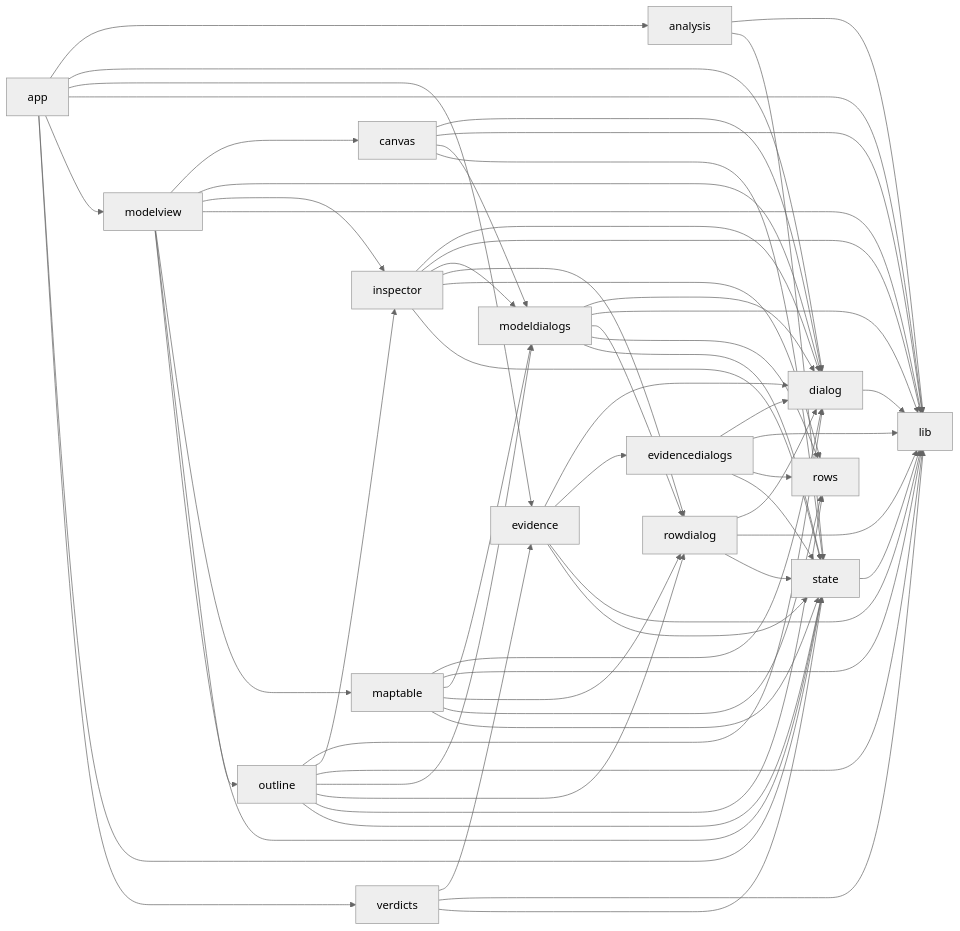
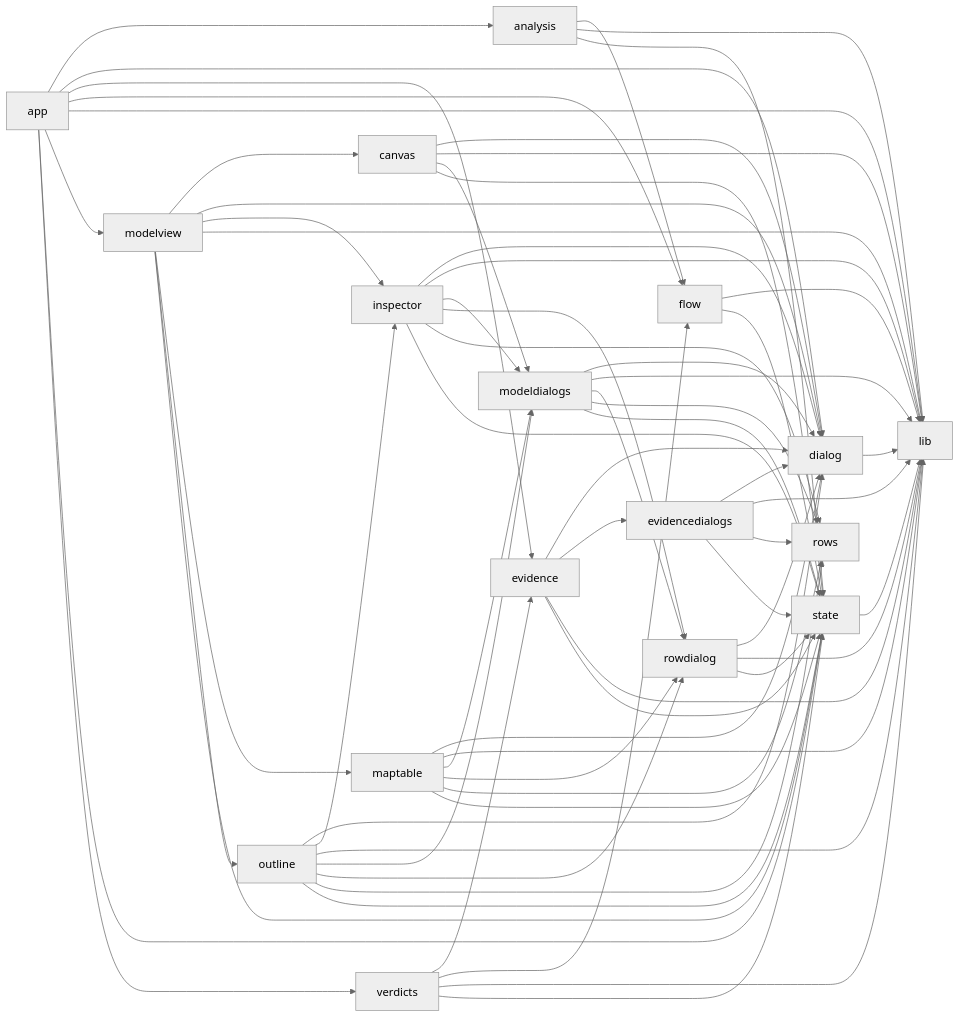
Before and after one commit to nmarci7/Bimodal-EPA: the second of 2 diagrams in docs/dev/call-graph.md, drawn with Mermaid (neutral theme). The commit also changed other lines of this file and 48 other files, not shown here.

````diff
--- a/docs/dev/call-graph.md
+++ b/docs/dev/call-graph.md
@@ -260,63 +260,68 @@
 ```mermaid
 flowchart LR
+  analysis --> flow
   analysis --> lib
   analysis --> state
   app --> analysis
   app --> dialog
   app --> evidence
+  app --> flow
   app --> lib
   app --> modelview
   app --> state
   app --> verdicts
   canvas --> dialog
   canvas --> lib
   canvas --> modeldialogs
   canvas --> state
   dialog --> lib
   evidence --> dialog
   evidence --> evidencedialogs
   evidence --> lib
   evidence --> state
   evidencedialogs --> dialog
   evidencedialogs --> lib
   evidencedialogs --> rows
   evidencedialogs --> state
+  flow --> lib
+  flow --> state
   inspector --> dialog
   inspector --> lib
   inspector --> modeldialogs
   inspector --> rowdialog
   inspector --> rows
   inspector --> state
   maptable --> dialog
   maptable --> lib
   maptable --> modeldialogs
   maptable --> rowdialog
   maptable --> rows
   maptable --> state
   modeldialogs --> dialog
   modeldialogs --> lib
   modeldialogs --> rowdialog
   modeldialogs --> rows
   modeldialogs --> state
   modelview --> canvas
   modelview --> dialog
   modelview --> inspector
   modelview --> lib
   modelview --> maptable
   modelview --> outline
   modelview --> state
   outline --> dialog
   outline --> inspector
   outline --> lib
   outline --> modeldialogs
   outline --> rowdialog
   outline --> rows
   outline --> state
   rowdialog --> dialog
   rowdialog --> lib
   rowdialog --> state
   state --> lib
   verdicts --> evidence
+  verdicts --> flow
   verdicts --> lib
   verdicts --> state
 ```
````
